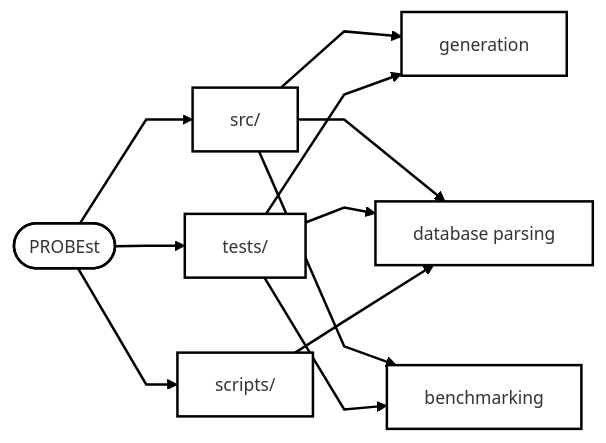
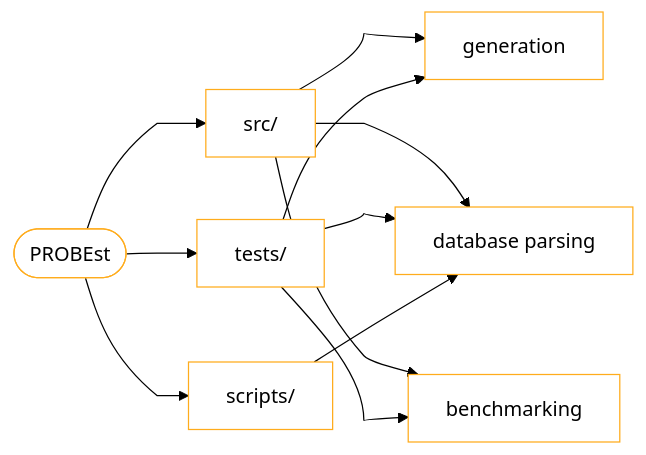
The second of 2 diagrams in README.md (CTLab-ITMO/PROBEst), drawn with Mermaid before and after one commit. The commit also changed other lines of this file, not shown here.

Commit message:
mermaid fix

````diff
--- a/README.md
+++ b/README.md
@@ -197,30 +200,39 @@
 ```mermaid
 ---
 config:
-  flowchart: 
-    curve: linear
-  theme: neo
+  theme: neutral
   look: classic
-  style:
-    node:
-      borderColor: linear-gradient(to right, #FFAC1C, #90EE90)
-      fill: white
-    edge:
-      color: black
-    subgraph:
-      borderStyle: dotted
 ---
+%%{init: {
+  'theme': 'base',
+  'themeVariables': {
+    'fontFamily': 'arial',
+    'fontSize': '16px',
+    'primaryColor': '#fff',
+    'primaryBorderColor': '#FFAC1C',
+    'primaryTextColor': '#000',
+    'lineColor': '#000',
+    'secondaryColor': '#90EE90',
+    'tertiaryColor': '#fff',
+    'subgraphBorderStyle': 'dotted'
+  },
+  'flowchart': {
+    'curve': 'monotoneY',
+    'padding': 15
+  }
+}}%%
+
 graph LR
     PROBEst([PROBEst]) --> src[src/]
     PROBEst --> tests[tests/]
     PROBEst --> scripts[scripts/]
     
     src --> A[generation]
     src --> B[database parsing]
     src --> C[benchmarking]
     tests --> A
     tests --> B
     tests --> C
     
     scripts --> B[database parsing]
 ```
````
